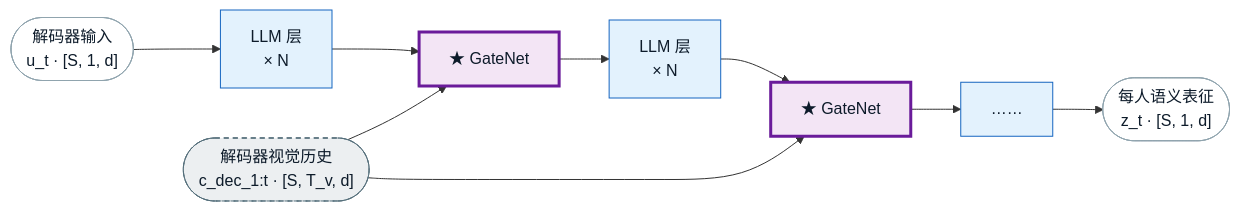
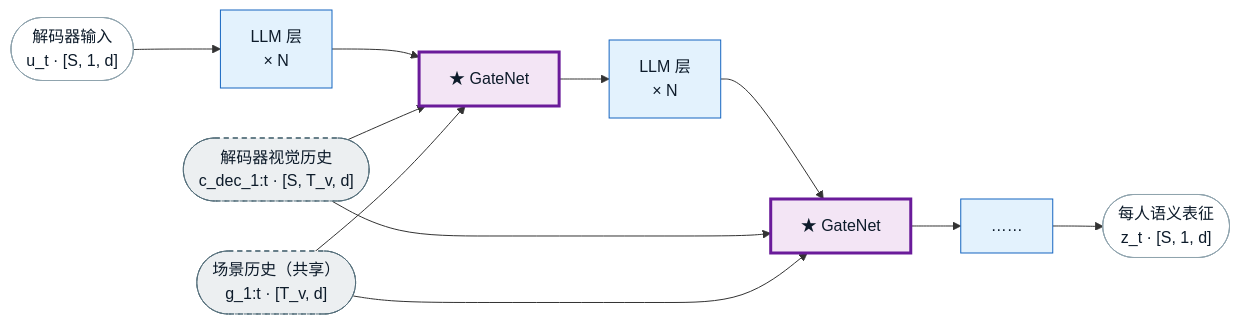
Before and after one commit to yutian929/SemanticVAD: the fifth of 5 diagrams in AV-SemanticVAD/docs/plan/architecture.md, drawn with Mermaid. The commit also changed other lines of this file, not shown here.

````diff
--- a/AV-SemanticVAD/docs/plan/architecture.md
+++ b/AV-SemanticVAD/docs/plan/architecture.md
@@ -384,11 +409,13 @@
 ```mermaid
 flowchart LR
     classDef var fill:#ffffff,stroke:#90a4ae,color:#0d1b2a;
     classDef cache fill:#eceff1,stroke:#546e7a,color:#0d1b2a,stroke-dasharray:5 4;
     classDef mod fill:#e3f2fd,stroke:#1565c0,color:#0d1b2a;
     classDef star fill:#f3e5f5,stroke:#6a1b9a,color:#0d1b2a,stroke-width:3px;
 
     U(["解码器输入<br/>u_t · [S, 1, d]"]):::var --> L1["LLM 层<br/>× N"]:::mod --> G1["★ GateNet"]:::star --> L2["LLM 层<br/>× N"]:::mod --> G2["★ GateNet"]:::star --> LD["……"]:::mod --> Z(["每人语义表征<br/>z_t · [S, 1, d]"]):::var
     CD(["解码器视觉历史<br/>c_dec_1:t · [S, T_v, d]"]):::cache --> G1
     CD --> G2
+    GH(["场景历史（共享）<br/>g_1:t · [T_v, d]"]):::cache --> G1
+    GH --> G2
 ```
````
